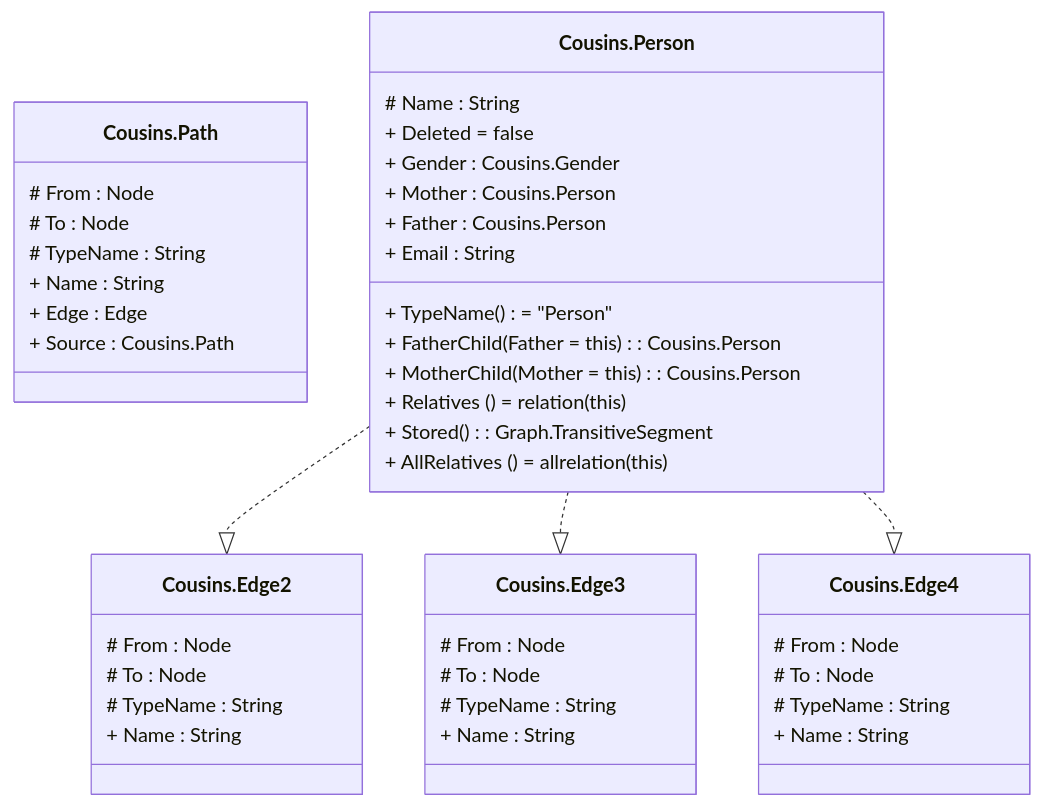
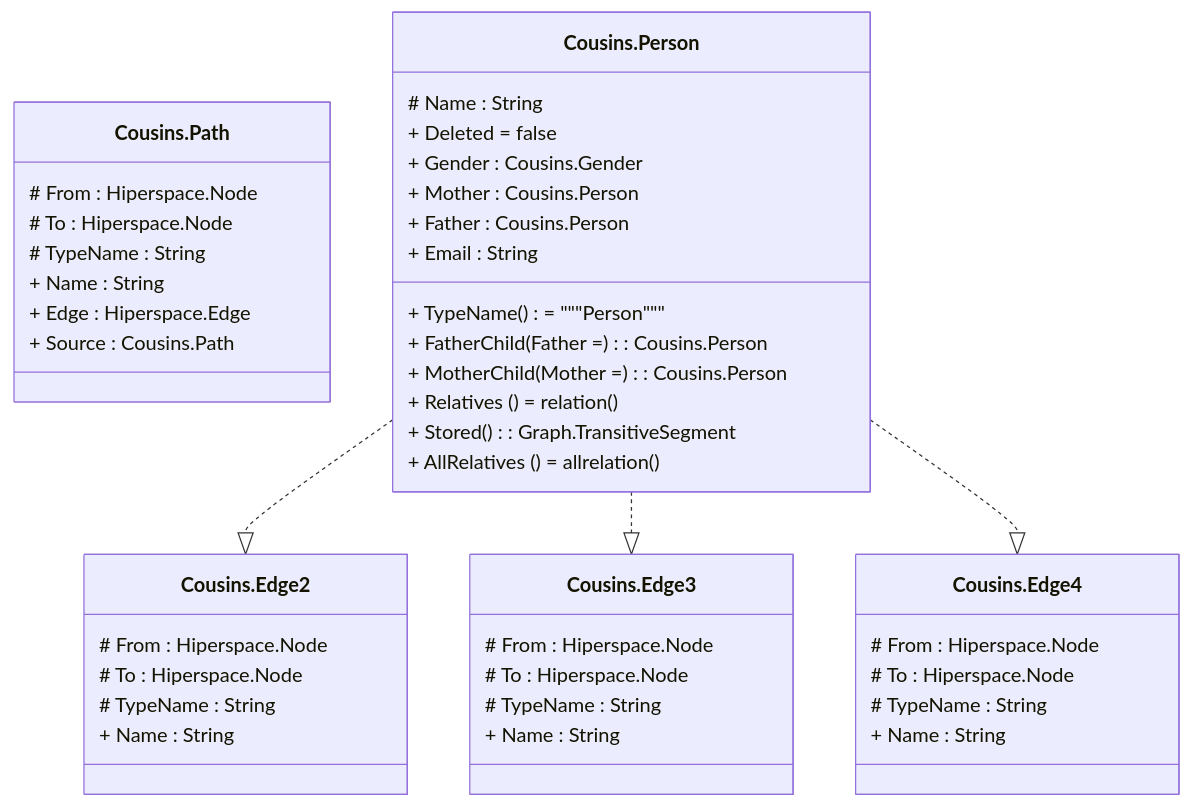
The diagram in examples/CousinProblem/Cousins-graph.md (channell/Hiperspace), drawn with Mermaid before and after one commit. The commit also changed other lines of this file and 2496 other files, not shown here.

````diff
--- a/examples/CousinProblem/Cousins-graph.md
+++ b/examples/CousinProblem/Cousins-graph.md
@@ -2,47 +2,47 @@
 ```mermaid
 classDiagram
     class Cousins.Edge2 {
-        # From  : Node
-        # To  : Node
+        # From  : Hiperspace.Node
+        # To  : Hiperspace.Node
         # TypeName  : String
         + Name  : String
     }
     class Cousins.Edge3 {
-        # From  : Node
-        # To  : Node
+        # From  : Hiperspace.Node
+        # To  : Hiperspace.Node
         # TypeName  : String
         + Name  : String
     }
     class Cousins.Edge4 {
-        # From  : Node
-        # To  : Node
+        # From  : Hiperspace.Node
+        # To  : Hiperspace.Node
         # TypeName  : String
         + Name  : String
     }
     class Cousins.Path {
-        # From  : Node
-        # To  : Node
+        # From  : Hiperspace.Node
+        # To  : Hiperspace.Node
         # TypeName  : String
         + Name  : String
-        + Edge  : Edge
+        + Edge  : Hiperspace.Edge
         + Source  : Cousins.Path
     }
     class Cousins.Person {
         # Name  : String
         + Deleted  = false
         + Gender  : Cousins.Gender
         + Mother  : Cousins.Person
         + Father  : Cousins.Person
         + Email  : String
-        + TypeName () = "Person"
-        + FatherChild (Father = this) : Cousins.Person
-        + MotherChild (Mother = this) : Cousins.Person
-        + Relatives () = relation(this)
+        + TypeName () = """Person"""
+        + FatherChild (Father = ) : Cousins.Person
+        + MotherChild (Mother = ) : Cousins.Person
+        + Relatives () = relation()
         + Stored () : Graph.TransitiveSegment
-        + AllRelatives () = allrelation(this)
+        + AllRelatives () = allrelation()
     }
     Cousins.Person ..|> Cousins.Edge2
     Cousins.Person ..|> Cousins.Edge3
     Cousins.Person ..|> Cousins.Edge4
 
 ```
````
